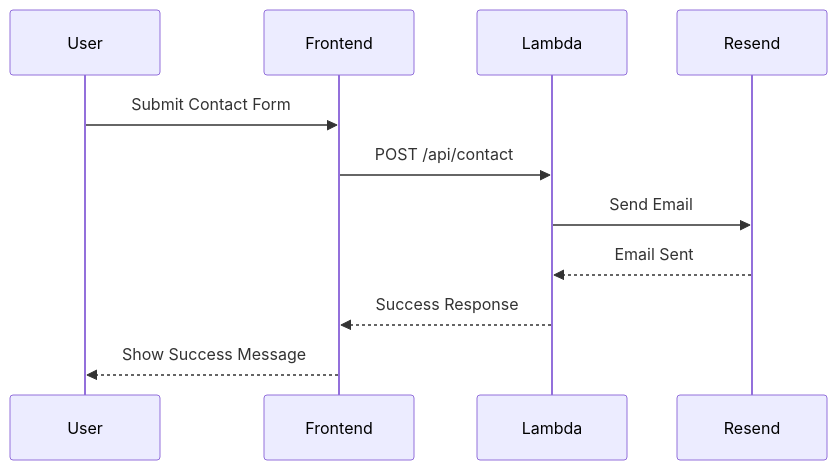
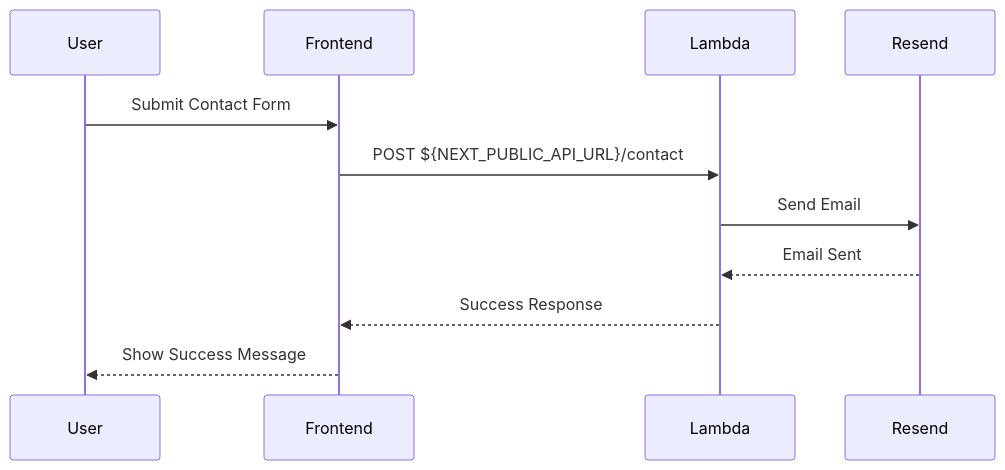
The second of 3 diagrams in README.md (BjornMelin/bjornmelin-platform-io), drawn with Mermaid before and after one commit. The commit also changed other lines of this file and 93 other files, not shown here.

````diff
--- a/README.md
+++ b/README.md
@@ -108,14 +107,14 @@
 ```mermaid
 sequenceDiagram
     participant User
     participant Frontend
     participant Lambda
     participant Resend
 
     User->>Frontend: Submit Contact Form
-    Frontend->>Lambda: POST /api/contact
+    Frontend->>Lambda: POST ${NEXT_PUBLIC_API_URL}/contact
     Lambda->>Resend: Send Email
     Resend-->>Lambda: Email Sent
     Lambda-->>Frontend: Success Response
     Frontend-->>User: Show Success Message
 ```
````
